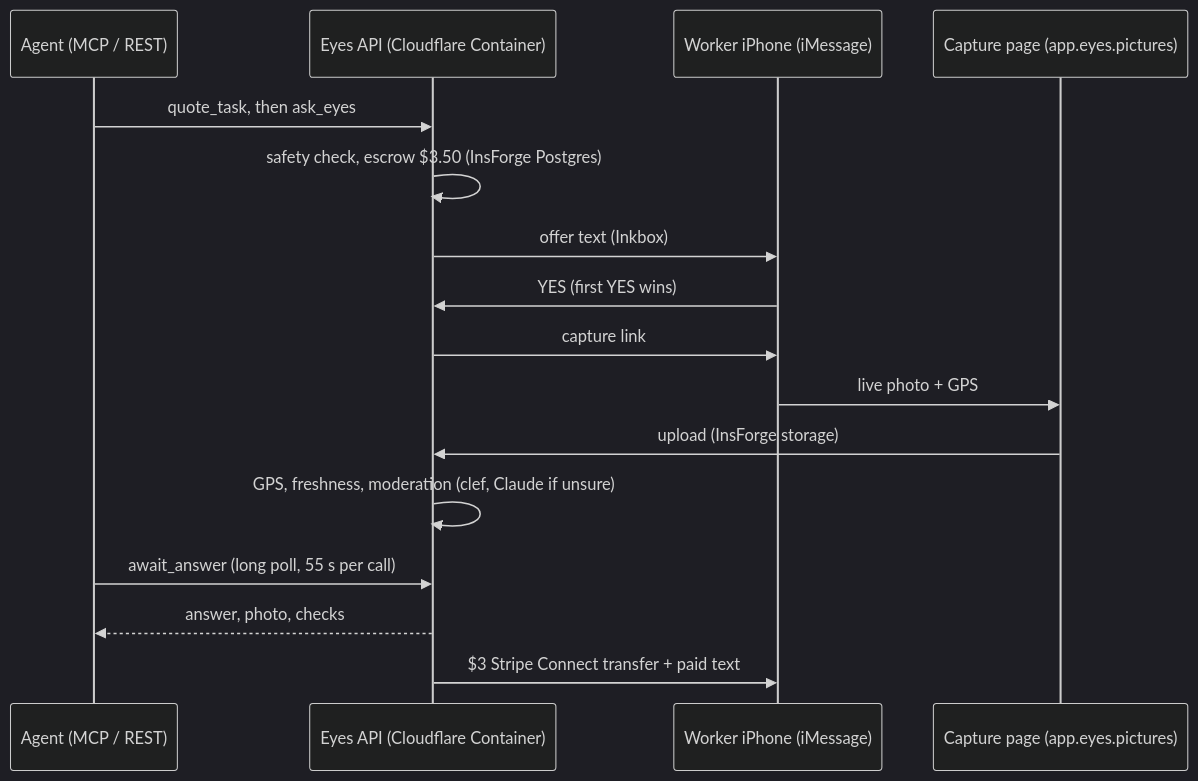
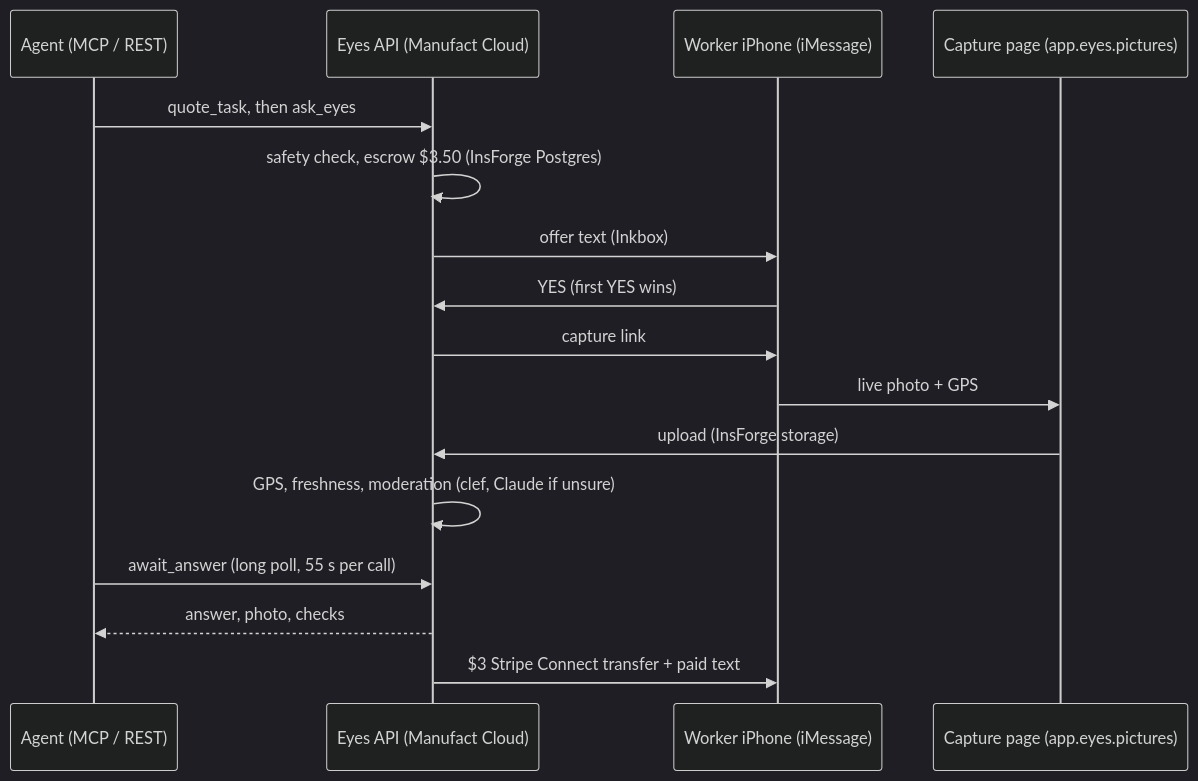
The diagram in README.md (Reggiebro/eyes), drawn with Mermaid (dark theme) before and after one commit. The commit also changed other lines of this file and 6 other files, not shown here.

Commit message:
docs: distinguish Manufact server hosting from Cloudflare edge

````diff
--- a/README.md
+++ b/README.md
@@ -58,18 +58,18 @@
 ```mermaid
 sequenceDiagram
     participant A as Agent (MCP / REST)
-    participant E as Eyes API (Cloudflare Container)
+    participant E as Eyes API (Manufact Cloud)
     participant W as Worker iPhone (iMessage)
     participant C as Capture page (app.eyes.pictures)
     A->>E: quote_task, then ask_eyes
     E->>E: safety check, escrow $3.50 (InsForge Postgres)
     E->>W: offer text (Inkbox)
     W->>E: YES (first YES wins)
     E->>W: capture link
     W->>C: live photo + GPS
     C->>E: upload (InsForge storage)
     E->>E: GPS, freshness, moderation (clef, Claude if unsure)
     A->>E: await_answer (long poll, 55 s per call)
     E-->>A: answer, photo, checks
     E->>W: $3 Stripe Connect transfer + paid text
 ```
````
